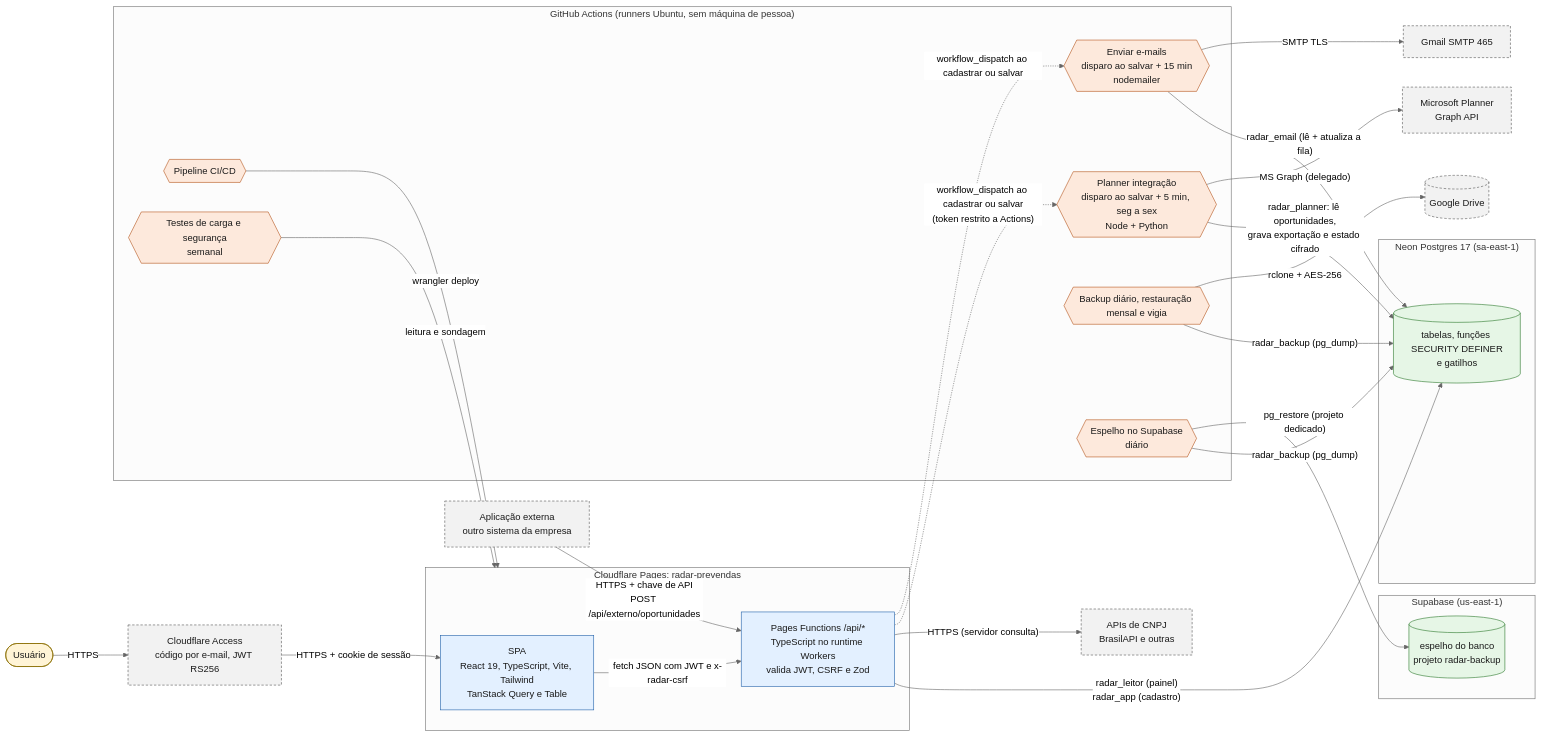
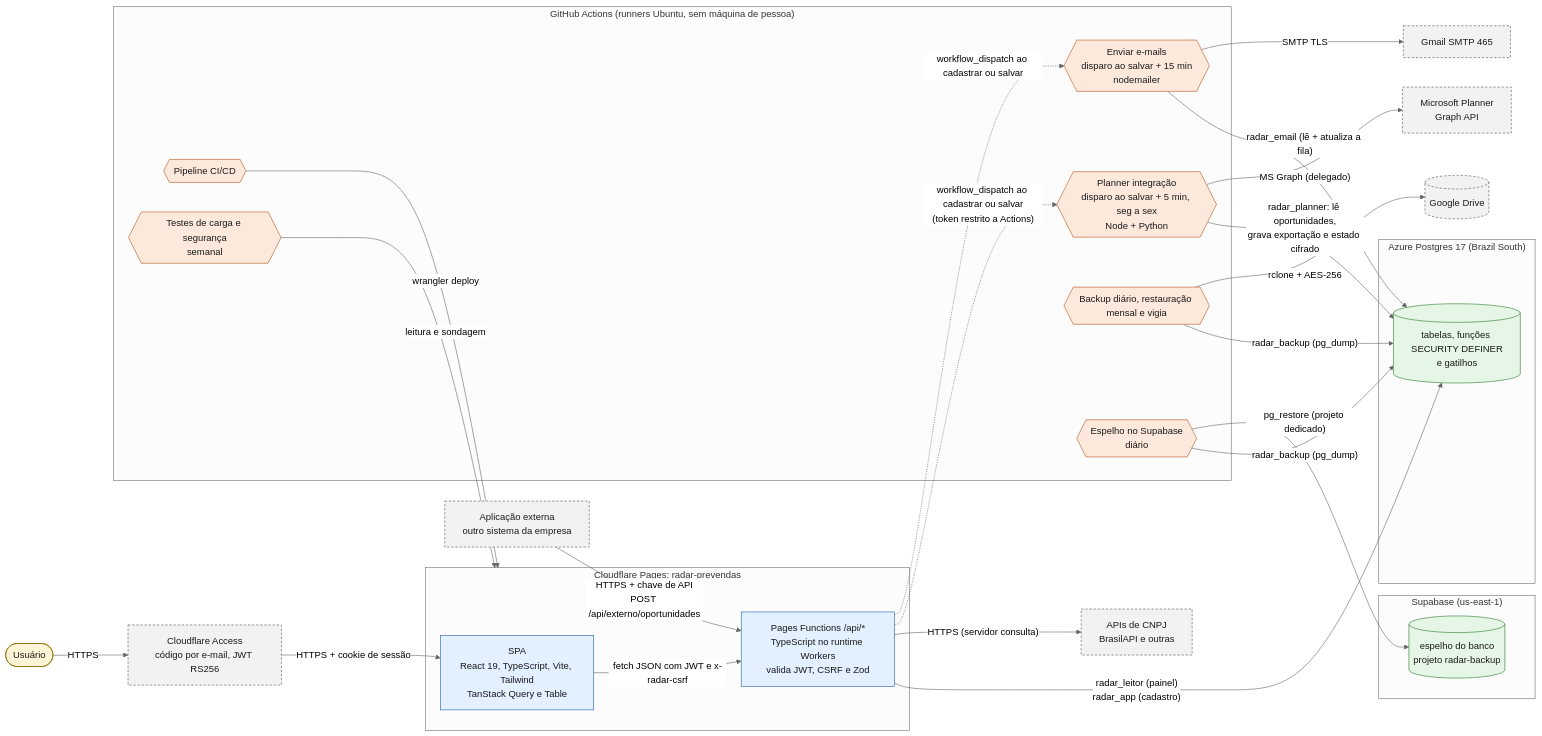
Before and after one commit to agentanalisedegoverno-svg/dashboard-metrics-team: the third of 22 diagrams in docs/DIAGRAMAS.md, drawn with Mermaid (neutral theme). The commit also changed other lines of this file and 38 other files, not shown here.

````diff
--- a/docs/DIAGRAMAS.md
+++ b/docs/DIAGRAMAS.md
@@ -100,57 +102,57 @@
 ```mermaid
 flowchart LR
   classDef pessoa fill:#fff4d6,stroke:#8a6d00,color:#1a1a1a
   classDef interno fill:#e3f0ff,stroke:#1f5fa8,color:#1a1a1a
   classDef externo fill:#f2f2f2,stroke:#555555,stroke-dasharray:4 3,color:#1a1a1a
   classDef dados fill:#e6f6e6,stroke:#2d7a2d,color:#1a1a1a
   classDef agenda fill:#fde9dc,stroke:#b4561d,color:#1a1a1a
 
   U(["Usuário"]):::pessoa
   ACC["Cloudflare Access<br/>código por e-mail, JWT RS256"]:::externo
 
   subgraph cf["Cloudflare Pages: radar-prevendas"]
     SPA["SPA<br/>React 19, TypeScript, Vite, Tailwind<br/>TanStack Query e Table"]:::interno
     API["Pages Functions /api/*<br/>TypeScript no runtime Workers<br/>valida JWT, CSRF e Zod"]:::interno
   end
 
-  subgraph neon["Neon Postgres 17 (sa-east-1)"]
+  subgraph neon["Azure Postgres 17 (Brazil South)"]
     DB[("tabelas, funções SECURITY DEFINER<br/>e gatilhos")]:::dados
   end
 
   subgraph gh["GitHub Actions (runners Ubuntu, sem máquina de pessoa)"]
     PLN{{"Planner integração<br/>disparo ao salvar + 5 min, seg a sex<br/>Node + Python"}}:::agenda
     MAIL{{"Enviar e-mails<br/>disparo ao salvar + 15 min<br/>nodemailer"}}:::agenda
     WF{{"Pipeline CI/CD"}}:::agenda
     BKP{{"Backup diário, restauração mensal e vigia"}}:::agenda
     ESP{{"Espelho no Supabase<br/>diário"}}:::agenda
     NF{{"Testes de carga e segurança<br/>semanal"}}:::agenda
   end
 
   subgraph sb["Supabase (us-east-1)"]
     DB2[("espelho do banco<br/>projeto radar-backup")]:::dados
   end
 
   PL["Microsoft Planner<br/>Graph API"]:::externo
   EXA["Aplicação externa<br/>outro sistema da empresa"]:::externo
   GM["Gmail SMTP 465"]:::externo
   RC["APIs de CNPJ<br/>BrasilAPI e outras"]:::externo
   DRV[("Google Drive")]:::externo
 
   U -->|"HTTPS"| ACC -->|"HTTPS + cookie de sessão"| SPA
   SPA -->|"fetch JSON com JWT e x-radar-csrf"| API
   API -->|"radar_leitor (painel)<br/>radar_app (cadastro)"| DB
   API -->|"HTTPS (servidor consulta)"| RC
   EXA -->|"HTTPS + chave de API<br/>POST /api/externo/oportunidades"| API
   API -.->|"workflow_dispatch ao cadastrar ou salvar<br/>(token restrito a Actions)"| PLN
   API -.->|"workflow_dispatch ao cadastrar ou salvar"| MAIL
   PLN -->|"radar_planner: lê oportunidades,<br/>grava exportação e estado cifrado"| DB
   PLN -->|"MS Graph (delegado)"| PL
   MAIL -->|"radar_email (lê + atualiza a fila)"| DB
   MAIL -->|"SMTP TLS"| GM
   BKP -->|"radar_backup (pg_dump)"| DB
   BKP -->|"rclone + AES-256"| DRV
   ESP -->|"radar_backup (pg_dump)"| DB
   ESP -->|"pg_restore (projeto dedicado)"| DB2
   WF -->|"wrangler deploy"| cf
   NF -->|"leitura e sondagem"| cf
 ```
````
